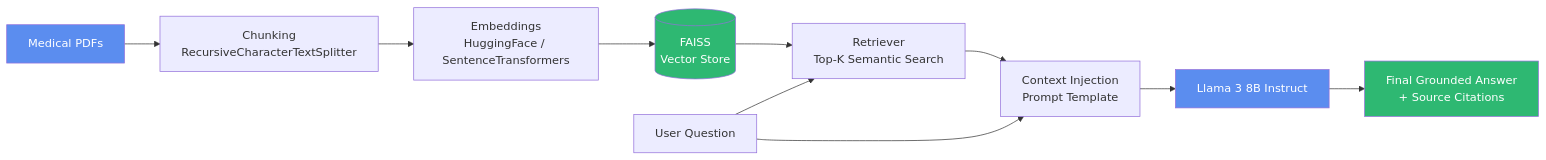
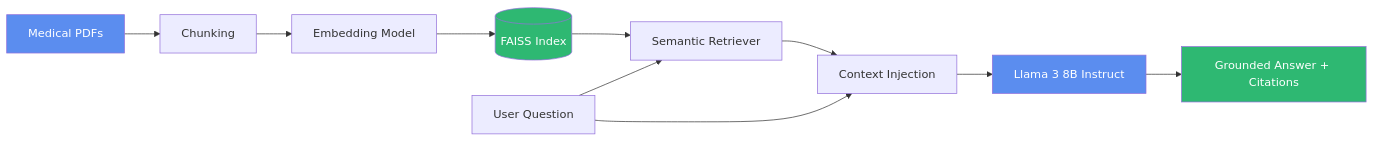
One commit to tanmaytyagii/RAG-vs-LLM-Healthcare-Research changed the first of 2 diagrams in README.md. Above: the diagram before and after it, drawn with Mermaid. The commit also changed other lines of this file, not shown here.

````diff
--- a/README.md
+++ b/README.md
@@ -73,17 +57,17 @@
 ```mermaid
 flowchart LR
-    A[Medical PDFs] --> B[Chunking<br/>RecursiveCharacterTextSplitter]
-    B --> C[Embeddings<br/>HuggingFace / SentenceTransformers]
-    C --> D[(FAISS<br/>Vector Store)]
-    E[User Question] --> F[Retriever<br/>Top-K Semantic Search]
-    D --> F
-    F --> G[Context Injection<br/>Prompt Template]
-    E --> G
-    G --> H[Llama 3 8B Instruct]
-    H --> I[Final Grounded Answer<br/>+ Source Citations]
+    A[Medical PDFs] --> B[Chunking]
+    B --> C[Embedding Model]
+    C --> D[(FAISS Index)]
+    Q[User Question] --> R[Semantic Retriever]
+    D --> R
+    R --> X[Context Injection]
+    Q --> X
+    X --> L[Llama 3 8B Instruct]
+    L --> O[Grounded Answer + Citations]
 
     style A fill:#5B8DEF,color:#fff
     style D fill:#2EB872,color:#fff
-    style H fill:#5B8DEF,color:#fff
-    style I fill:#2EB872,color:#fff
+    style L fill:#5B8DEF,color:#fff
+    style O fill:#2EB872,color:#fff
 ```
````
